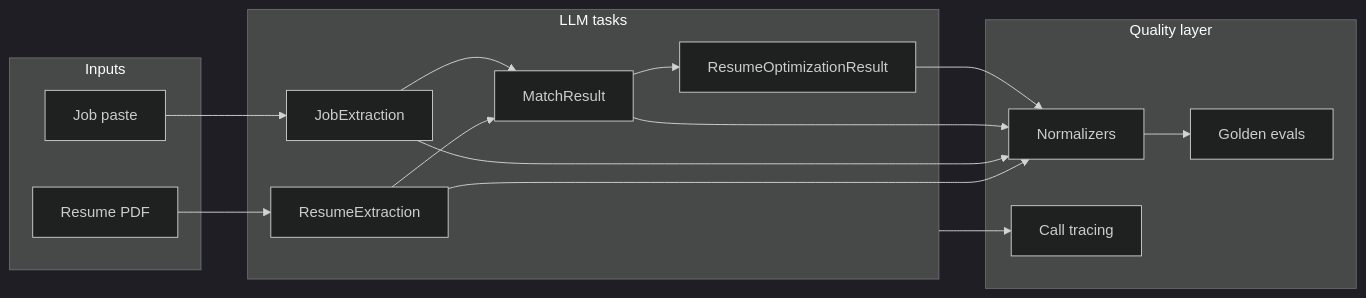
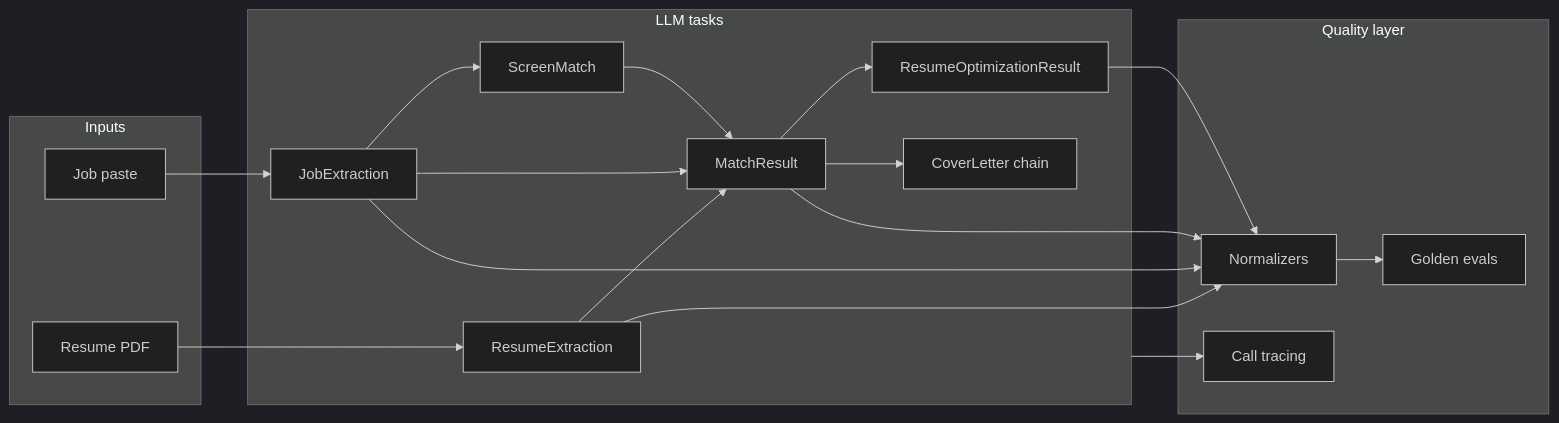
The diagram in docs/ai-engineering.md (Englishpersonfaeroeislands211/ai-career-os), drawn with Mermaid (dark theme) before and after one commit. The commit also changed other lines of this file and 23 other files, not shown here.

First line of the commit message:
feat(match): progressive screen-to-full analysis and cover letter chain

````diff
--- a/docs/ai-engineering.md
+++ b/docs/ai-engineering.md
@@ -15,33 +15,38 @@
 ```mermaid
 flowchart LR
     subgraph inputs [Inputs]
         PDF[Resume PDF]
         JD[Job paste]
     end
 
     subgraph llm [LLM tasks]
         RE[ResumeExtraction]
         JE[JobExtraction]
+        SM[ScreenMatch]
         MA[MatchResult]
         RO[ResumeOptimizationResult]
+        CL[CoverLetter chain]
     end
 
     subgraph quality [Quality layer]
         N[Normalizers]
         E[Golden evals]
         T[Call tracing]
     end
 
     PDF --> RE
     JD --> JE
     RE --> MA
     JE --> MA
+    JE --> SM
+    SM --> MA
     MA --> RO
+    MA --> CL
 
     RE --> N
     JE --> N
     MA --> N
     RO --> N
     N --> E
     llm --> T
 ```
````
